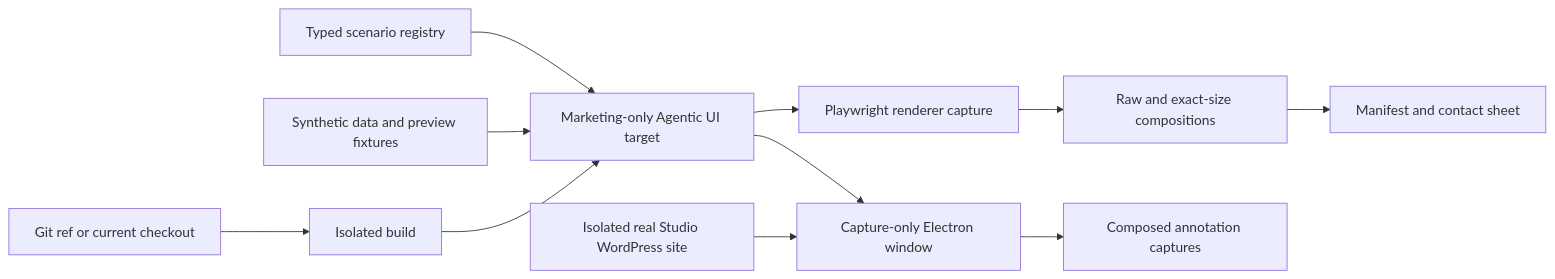
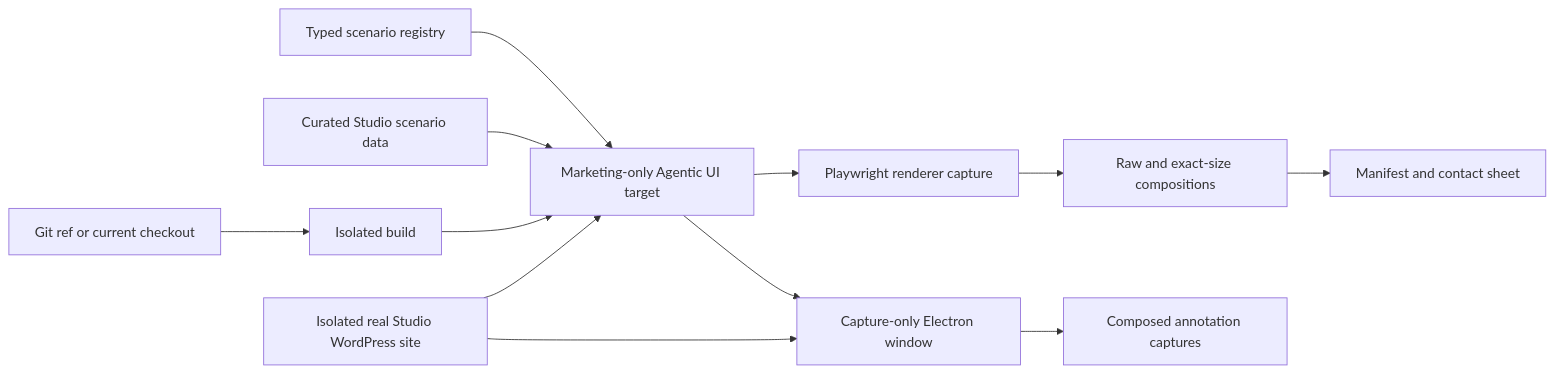
One commit to Automattic/studio changed the diagram in docs/design-docs/marketing-screenshot-automation.md. Above: the diagram before and after it, drawn with Mermaid. The commit also changed other lines of this file and 22 other files, not shown here.

Commit message:
Use one real WordPress site for screenshot previews

````diff
--- a/docs/design-docs/marketing-screenshot-automation.md
+++ b/docs/design-docs/marketing-screenshot-automation.md
@@ -289,13 +291,14 @@
 ```mermaid
 flowchart LR
     A["Git ref or current checkout"] --> B["Isolated build"]
     C["Typed scenario registry"] --> D["Marketing-only Agentic UI target"]
-    E["Synthetic data and preview fixtures"] --> D
+    E["Curated Studio scenario data"] --> D
     B --> D
+    K["Isolated real Studio WordPress site"] --> D
     D --> F["Playwright renderer capture"]
     F --> G["Raw and exact-size compositions"]
     G --> H["Manifest and contact sheet"]
     D --> I["Capture-only Electron window"]
-    K["Isolated real Studio WordPress site"] --> I
+    K --> I
     I --> J["Composed annotation captures"]
 ```
````
